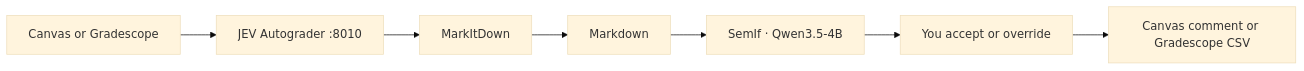
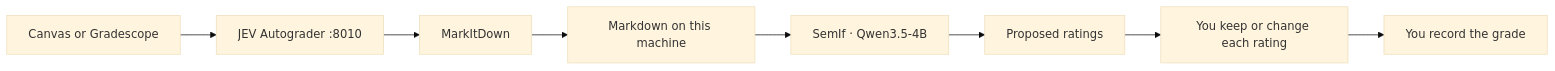
One commit to Marc0Guo/JEV-Autograder changed the diagram in README.md. Above: the diagram before and after it, drawn with Mermaid (base theme). The commit also changed other lines of this file and 7 other files, not shown here.

````diff
--- a/README.md
+++ b/README.md
@@ -19,9 +40,10 @@
 ```mermaid
 flowchart LR
   LMS["Canvas or Gradescope"] --> APP["JEV Autograder :8010"]
   APP --> MD["MarkItDown"]
-  MD --> TEXT["Markdown"]
+  MD --> TEXT["Markdown on this machine"]
   TEXT --> SEMIF["SemIf · Qwen3.5-4B"]
-  SEMIF --> REVIEW["You accept or override"]
-  REVIEW --> OUT["Canvas comment or Gradescope CSV"]
+  SEMIF --> PROPOSE["Proposed ratings"]
+  PROPOSE --> HUMAN["You keep or change each rating"]
+  HUMAN --> OUT["You record the grade"]
 ```
````
